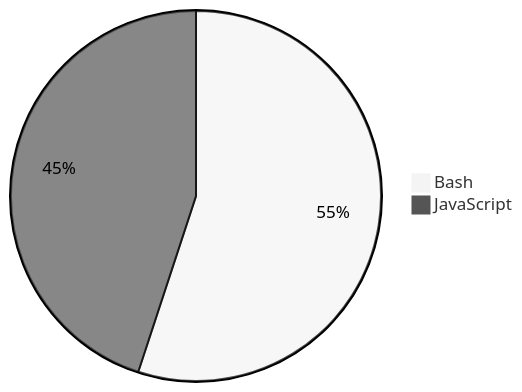
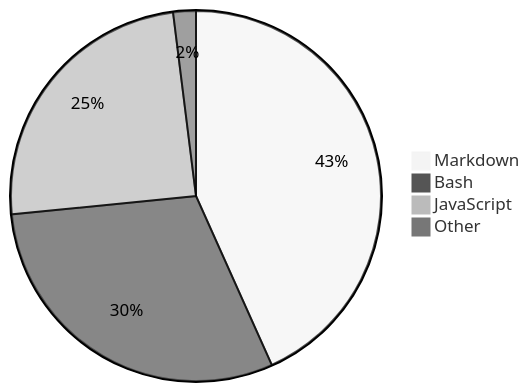
The diagram in README.md (Alicia111/alicia111), drawn with Mermaid (neutral theme) before and after one commit.

Commit message:
Update WakaTime stats (・ω・)b

````diff
--- a/README.md
+++ b/README.md
@@ -32,5 +32,7 @@
 ```mermaid
 pie
-    "Bash" : 55.05
-    "JavaScript" : 44.95
+    "Markdown" : 43.29
+    "Bash" : 30.13
+    "JavaScript" : 24.6
+    "Other" : 1.98
 ```
````
